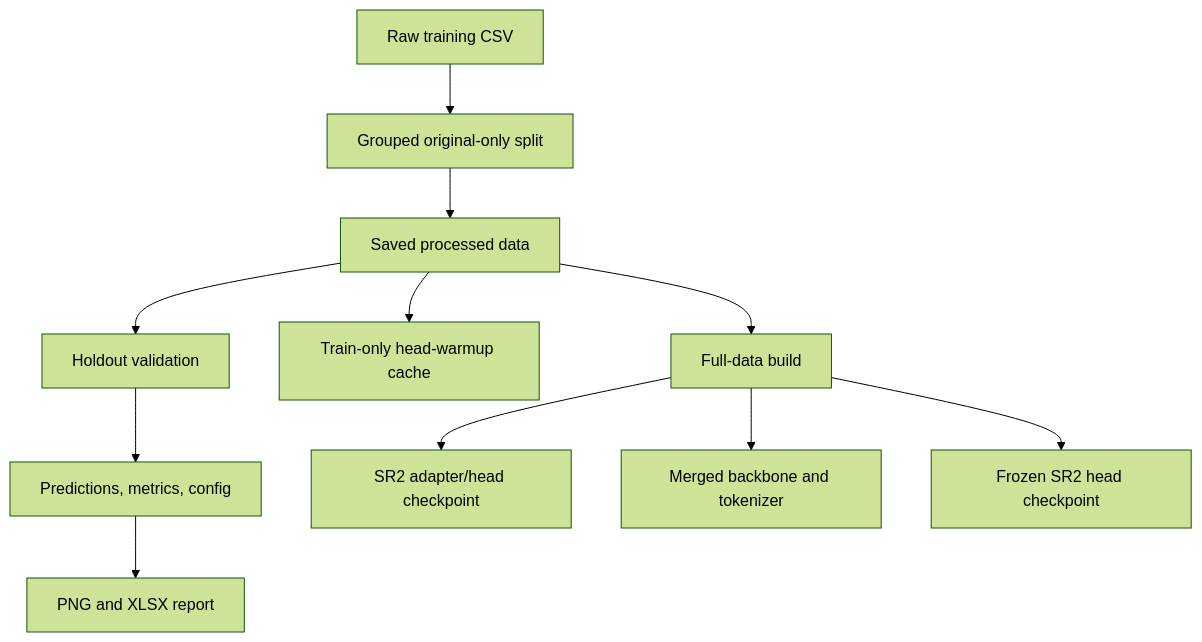
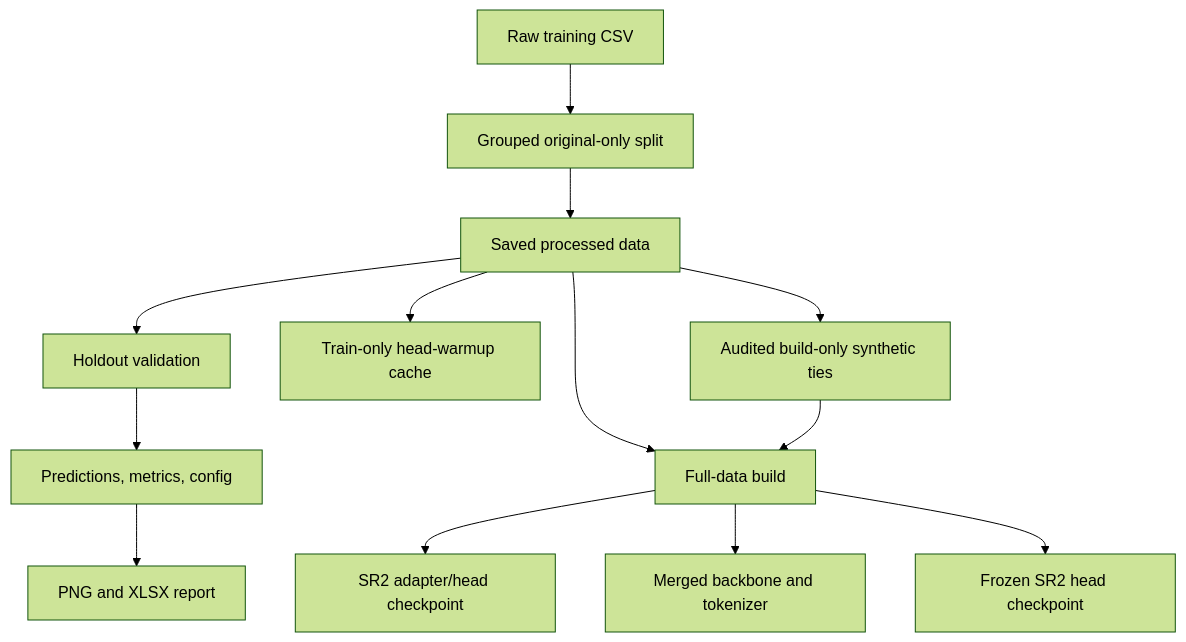
One commit to Esxyko/llm-classification-finetuning changed the diagram in structure.md. Above: the diagram before and after it, drawn with Mermaid (forest theme). The commit also changed other lines of this file and 31 other files, not shown here.

````diff
--- a/structure.md
+++ b/structure.md
@@ -26,13 +26,15 @@
 ```mermaid
 flowchart TD
     Raw["Raw training CSV"] --> Prep["Grouped original-only split"]
     Prep --> Data["Saved processed data"]
     Data --> Validate["Holdout validation"]
     Data --> Warmup["Train-only head-warmup cache"]
     Data --> Build["Full-data build"]
+    Data --> Synthetic["Audited build-only synthetic ties"]
+    Synthetic --> Build
     Validate --> Run["Predictions, metrics, config"]
     Run --> Report["PNG and XLSX report"]
     Build --> Checkpoint["SR2 adapter/head checkpoint"]
     Build --> Merged["Merged backbone and tokenizer"]
     Build --> Head["Frozen SR2 head checkpoint"]
 ```
````
